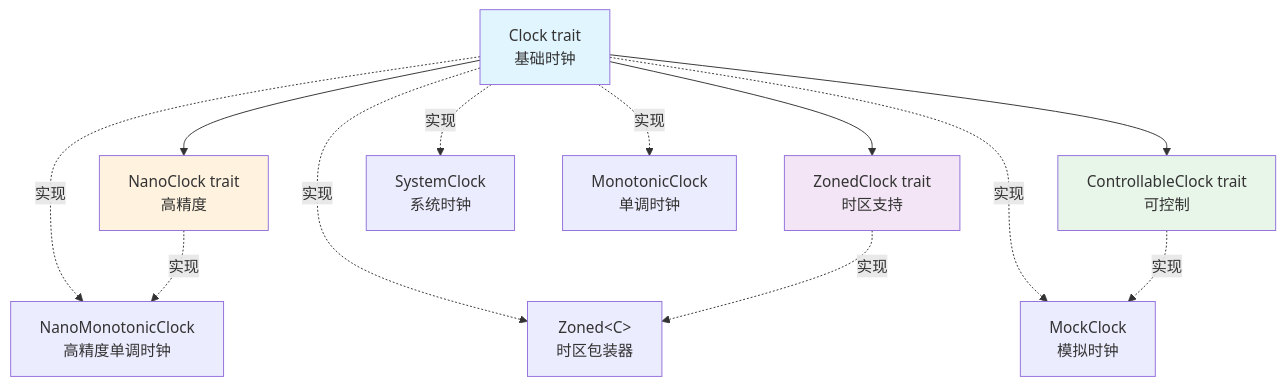
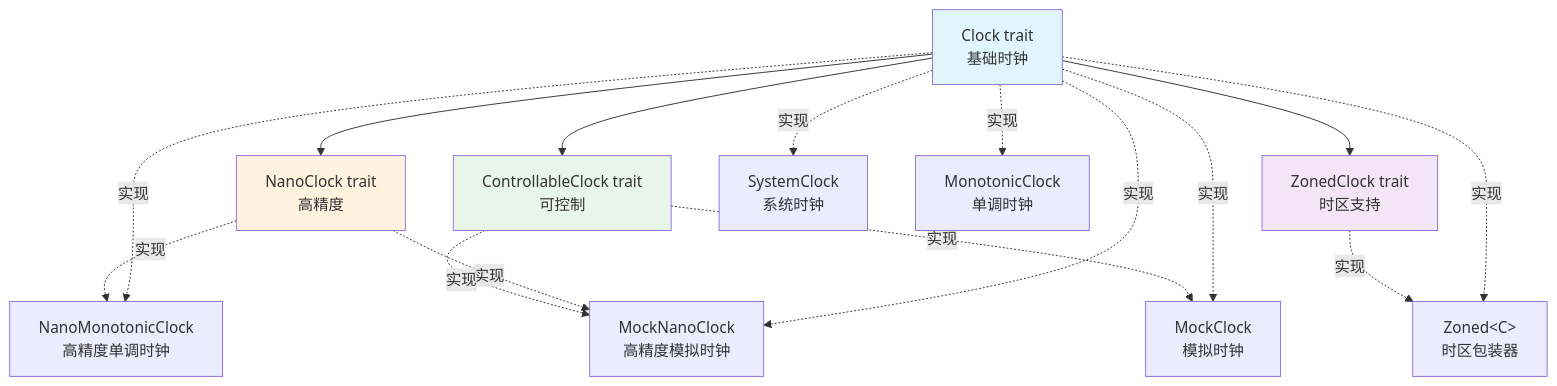
The diagram in doc/clock_design.zh_CN.md (qubit-ltd/rs-clock), drawn with Mermaid before and after one commit. The commit also changed other lines of this file and 2 other files, not shown here.

Commit message:
docs: update mock clock progression design

````diff
--- a/doc/clock_design.zh_CN.md
+++ b/doc/clock_design.zh_CN.md
@@ -59,32 +60,36 @@
 ```mermaid
 graph TD
     Clock[Clock trait<br/>基础时钟]
     NanoClock[NanoClock trait<br/>高精度]
     ZonedClock[ZonedClock trait<br/>时区支持]
     ControllableClock[ControllableClock trait<br/>可控制]
 
     SystemClock[SystemClock<br/>系统时钟]
     MonotonicClock[MonotonicClock<br/>单调时钟]
     NanoMonotonicClock[NanoMonotonicClock<br/>高精度单调时钟]
     MockClock[MockClock<br/>模拟时钟]
+    MockNanoClock[MockNanoClock<br/>高精度模拟时钟]
     Zoned[Zoned&lt;C&gt;<br/>时区包装器]
 
     Clock --> NanoClock
     Clock --> ZonedClock
     Clock --> ControllableClock
 
     Clock -.实现.-> SystemClock
     Clock -.实现.-> MonotonicClock
     Clock -.实现.-> NanoMonotonicClock
     Clock -.实现.-> MockClock
+    Clock -.实现.-> MockNanoClock
     Clock -.实现.-> Zoned
 
     NanoClock -.实现.-> NanoMonotonicClock
+    NanoClock -.实现.-> MockNanoClock
     ZonedClock -.实现.-> Zoned
     ControllableClock -.实现.-> MockClock
+    ControllableClock -.实现.-> MockNanoClock
 
     style Clock fill:#e1f5ff
     style NanoClock fill:#fff3e0
     style ZonedClock fill:#f3e5f5
     style ControllableClock fill:#e8f5e9
 ```
````
